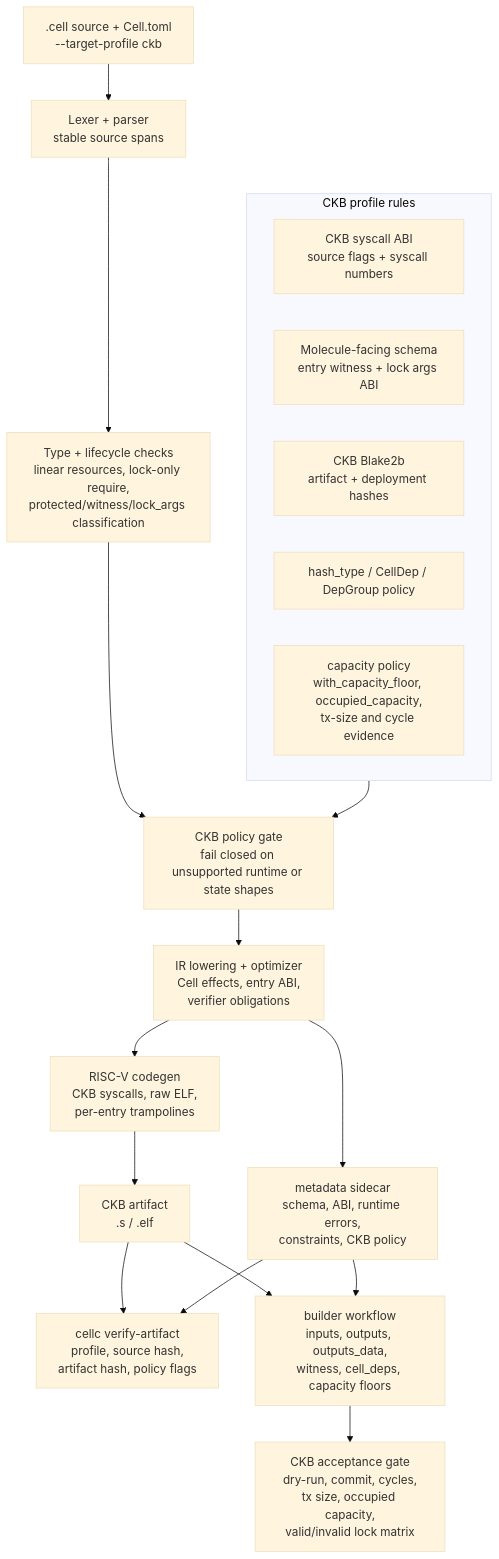
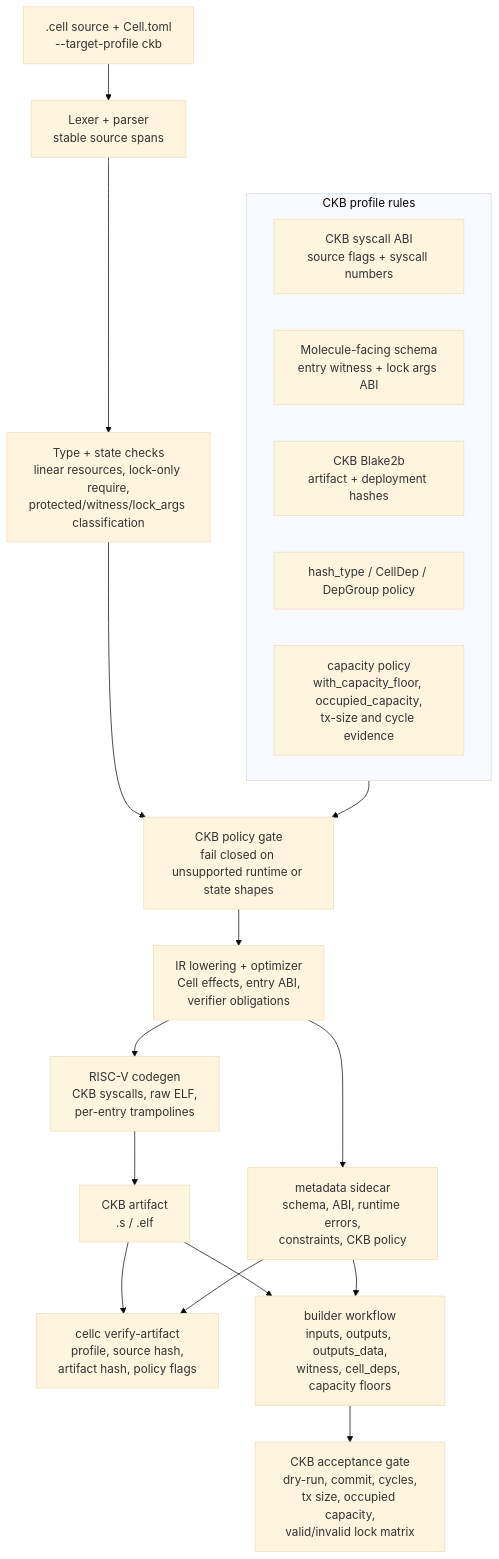
One commit to CellScript-Labs/CellScript changed the second of 2 diagrams in README.md. Above: the diagram before and after it, drawn with Mermaid (base theme). The commit also changed other lines of this file and 32 other files, not shown here.

````diff
--- a/README.md
+++ b/README.md
@@ -482,27 +483,27 @@
 ```mermaid
 flowchart TB
     Source[".cell source + Cell.toml\n--target-profile ckb"] --> Frontend["Lexer + parser\nstable source spans"]
-    Frontend --> Semantics["Type + lifecycle checks\nlinear resources, lock-only require,\nprotected/witness/lock_args classification"]
+    Frontend --> Semantics["Type + state checks\nlinear resources, lock-only require,\nprotected/witness/lock_args classification"]
     Semantics --> Policy["CKB policy gate\nfail closed on unsupported runtime or state shapes"]
 
     subgraph Rules["CKB profile rules"]
         R1["CKB syscall ABI\nsource flags + syscall numbers"]
         R2["Molecule-facing schema\nentry witness + lock args ABI"]
         R3["CKB Blake2b\nartifact + deployment hashes"]
         R4["hash_type / CellDep / DepGroup policy"]
         R5["capacity policy\nwith_capacity_floor, occupied_capacity,\ntx-size and cycle evidence"]
     end
 
     Rules --> Policy
     Policy --> IR["IR lowering + optimizer\nCell effects, entry ABI,\nverifier obligations"]
     IR --> Metadata["metadata sidecar\nschema, ABI, runtime errors,\nconstraints, CKB policy"]
     IR --> Codegen["RISC-V codegen\nCKB syscalls, raw ELF,\nper-entry trampolines"]
     Codegen --> Artifact["CKB artifact\n.s / .elf"]
 
     Artifact --> Verify["cellc verify-artifact\nprofile, source hash,\nartifact hash, policy flags"]
     Metadata --> Verify
 
     Artifact --> Builder["builder workflow\ninputs, outputs, outputs_data,\nwitness, cell_deps, capacity floors"]
     Metadata --> Builder
     Builder --> Acceptance["CKB acceptance gate\ndry-run, commit, cycles,\ntx size, occupied capacity,\nvalid/invalid lock matrix"]
 ```
````
